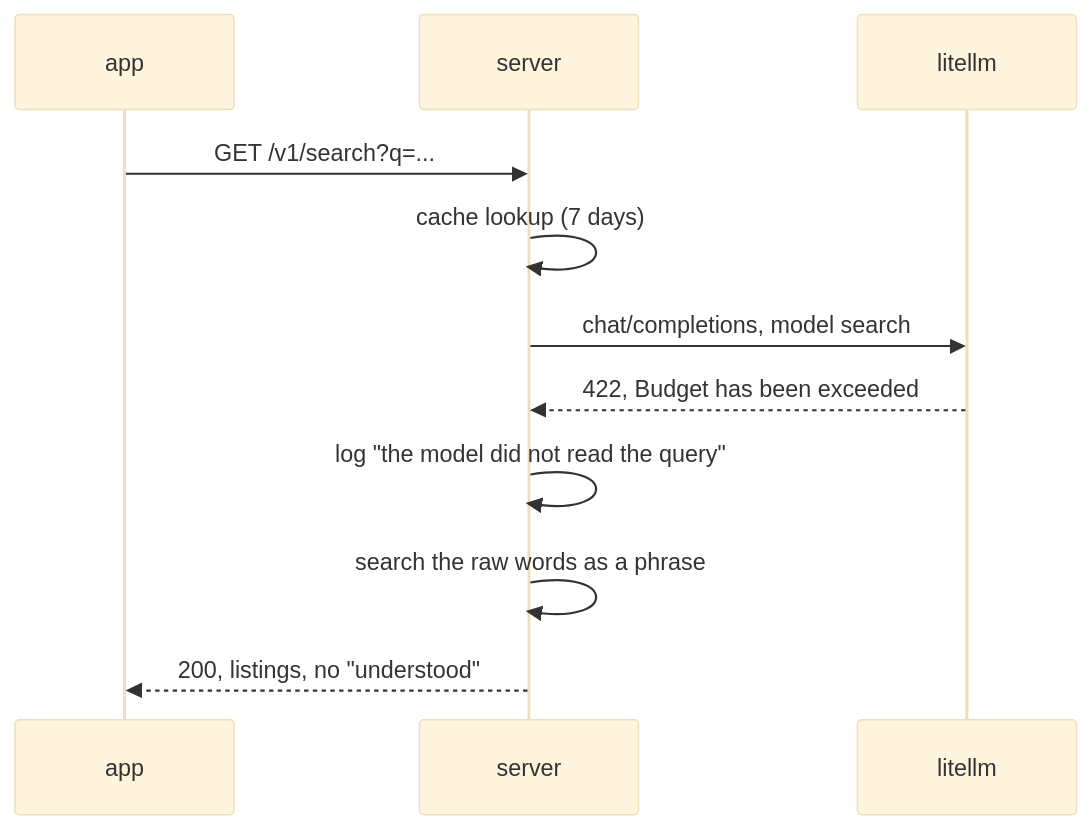
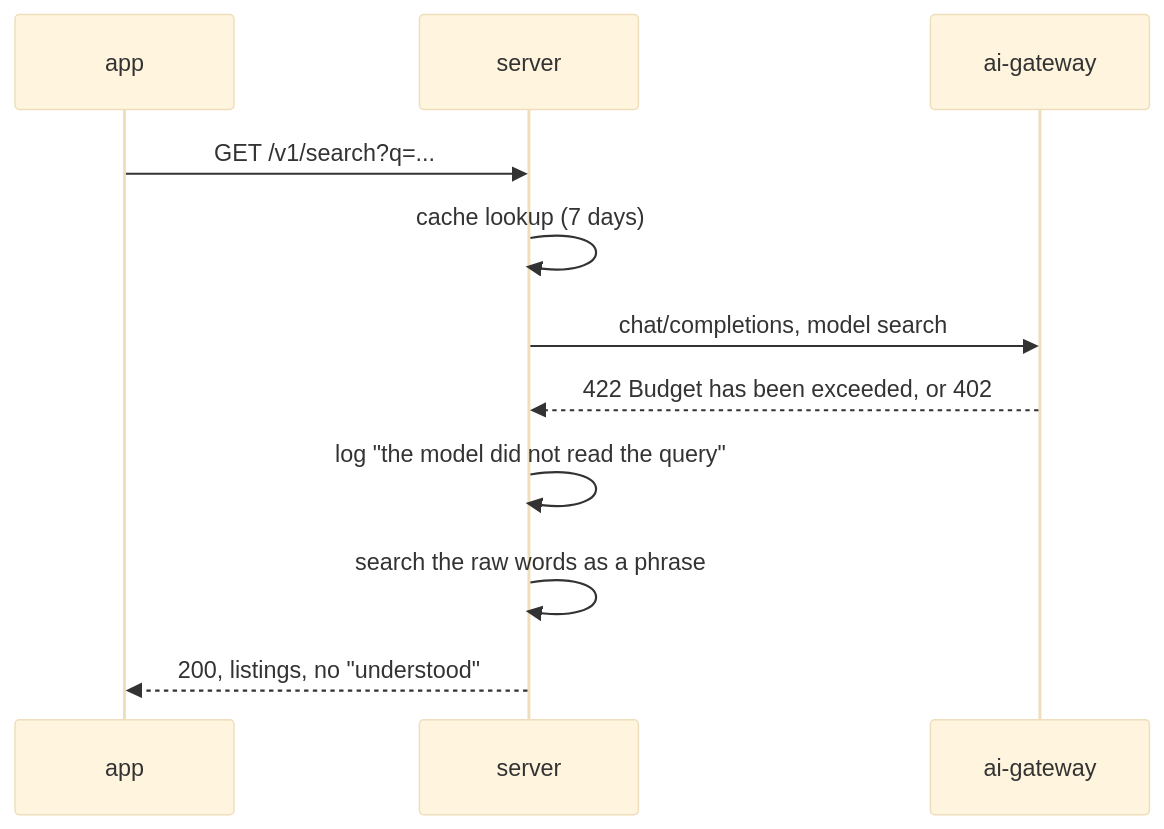
The sixth of 6 diagrams in web/src/content/docs/en/operations/cluster/llm-gateway.mdx (shopnexus/docs), drawn with Mermaid (base theme) before and after one commit. The commit also changed other lines of this file and 17 other files, not shown here.

````diff
--- a/web/src/content/docs/en/operations/cluster/llm-gateway.mdx
+++ b/web/src/content/docs/en/operations/cluster/llm-gateway.mdx
@@ -240,13 +246,13 @@
-```mermaid title="Search when LiteLLM refuses"
+```mermaid title="Search when ai-gateway refuses"
 sequenceDiagram
   participant App as app
   participant S as server
-  participant L as litellm
+  participant G as ai-gateway
   App->>S: GET /v1/search?q=...
   S->>S: cache lookup (7 days)
-  S->>L: chat/completions, model search
-  L-->>S: 422, Budget has been exceeded
+  S->>G: chat/completions, model search
+  G-->>S: 422 Budget has been exceeded, or 402
   S->>S: log "the model did not read the query"
   S->>S: search the raw words as a phrase
   S-->>App: 200, listings, no "understood"
 ```
````
